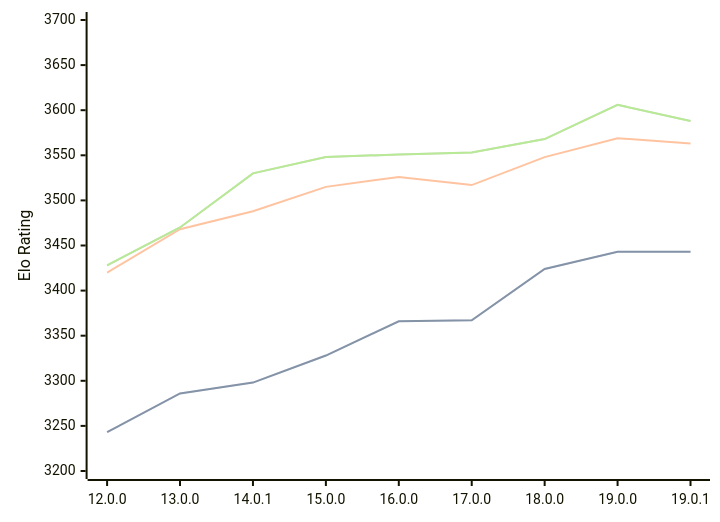
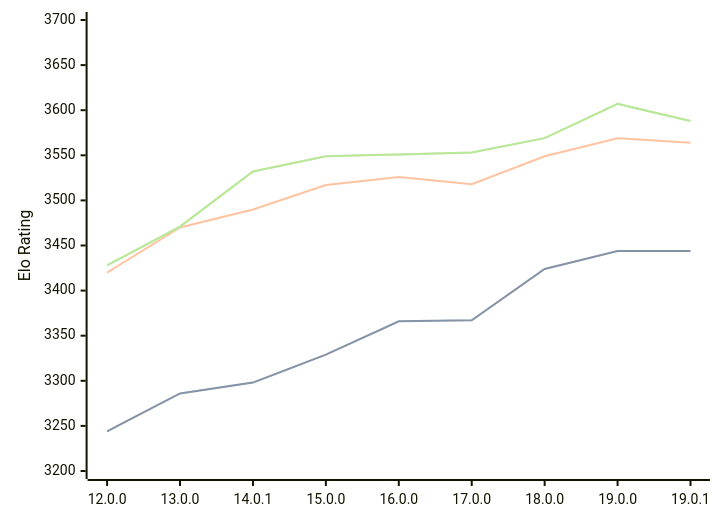
One commit to computer-chess-index/cci changed the diagram in engines/Viridithas.md. Above: the diagram before and after it, drawn with Mermaid. The commit also changed other lines of this file, not shown here.

Commit message:
Update CCI Ratings (ELO VLTC) - 2026-04-25

````diff
--- a/engines/Viridithas.md
+++ b/engines/Viridithas.md
@@ -63,11 +63,11 @@
 ```mermaid
 %%{init: {"theme":"base","themeVariables":{"seriesColors:['#a3a3a3','#222221','#faa371']}}}%%
 xychart-beta
   x-axis ["12.0.0", "13.0.0", "14.0.1", "15.0.0", "16.0.0", "17.0.0", "18.0.0", "19.0.0", "19.0.1"]
   y-axis "Elo Rating" 3200 --> 3700
-  line "STC (8.0+0.08s)" [3243, 3286, 3298, 3328, 3366, 3367, 3424, 3443, 3443]
-  line "STC (8.0+0.08s)" [3243, 3286, 3298, 3328, 3366, 3367, 3424, 3443, 3443]
-  line "LTC (60.0+0.60s)" [3420, 3468, 3488, 3515, 3526, 3517, 3548, 3569, 3563]
-  line "VLTC (2m24s+1.12s)" [3428, 3470, 3530, 3548, 3551, 3553, 3568, 3606, 3588]
-  line "VLTC (2m24s+1.12s)" [3428, 3470, 3530, 3548, 3551, 3553, 3568, 3606, 3588]
+  line "STC (8.0+0.08s)" [3244, 3286, 3298, 3329, 3366, 3367, 3424, 3444, 3444]
+  line "STC (8.0+0.08s)" [3244, 3286, 3298, 3329, 3366, 3367, 3424, 3444, 3444]
+  line "LTC (60.0+0.60s)" [3420, 3470, 3490, 3517, 3526, 3518, 3549, 3569, 3564]
+  line "VLTC (2m24s+1.12s)" [3428, 3471, 3532, 3549, 3551, 3553, 3569, 3607, 3588]
+  line "VLTC (2m24s+1.12s)" [3428, 3471, 3532, 3549, 3551, 3553, 3569, 3607, 3588]
 ```
````
